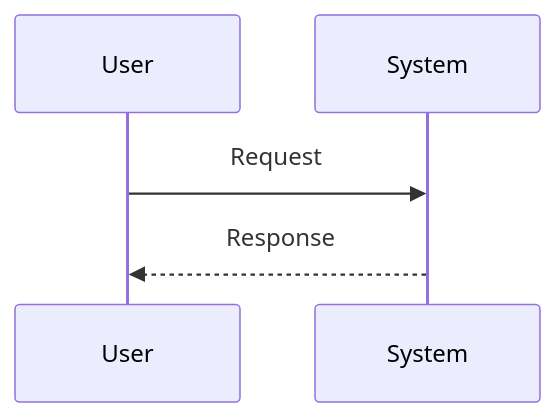
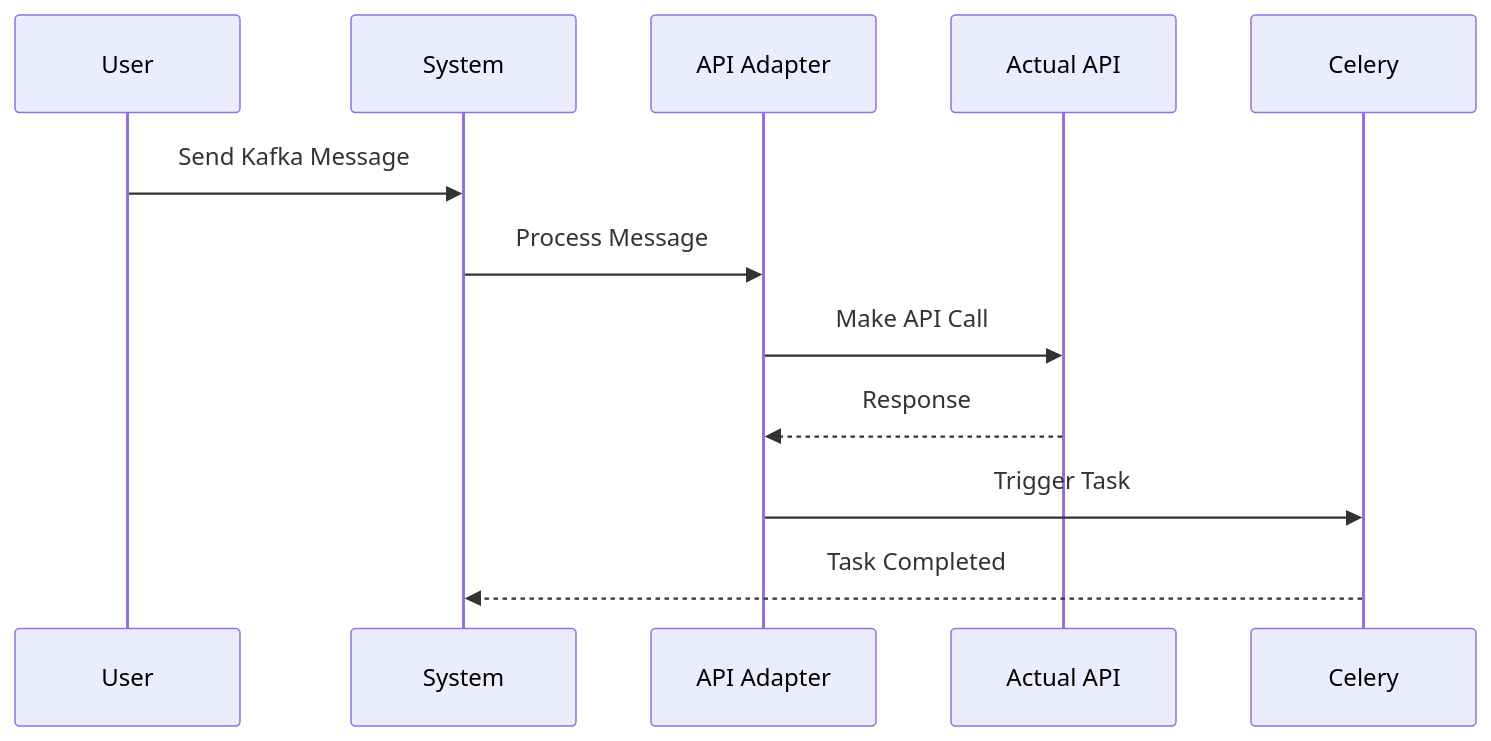
One commit to Nik35/FastAPIStructure changed the second of 2 diagrams in mermaid-workflow.md. Above: the diagram before and after it, drawn with Mermaid. The commit also changed other lines of this file, not shown here.

Commit message:
Update mermaid-workflow.md with new content

````diff
--- a/mermaid-workflow.md
+++ b/mermaid-workflow.md
@@ -15,7 +15,11 @@
 ```mermaid
 sequenceDiagram
     participant User
     participant System
-    User->>System: Request
-    System-->>User: Response
+    User->>System: Send Kafka Message
+    System->>API Adapter: Process Message
+    API Adapter->>Actual API: Make API Call
+    Actual API-->>API Adapter: Response
+    API Adapter->>Celery: Trigger Task
+    Celery-->>System: Task Completed
 ```
````
